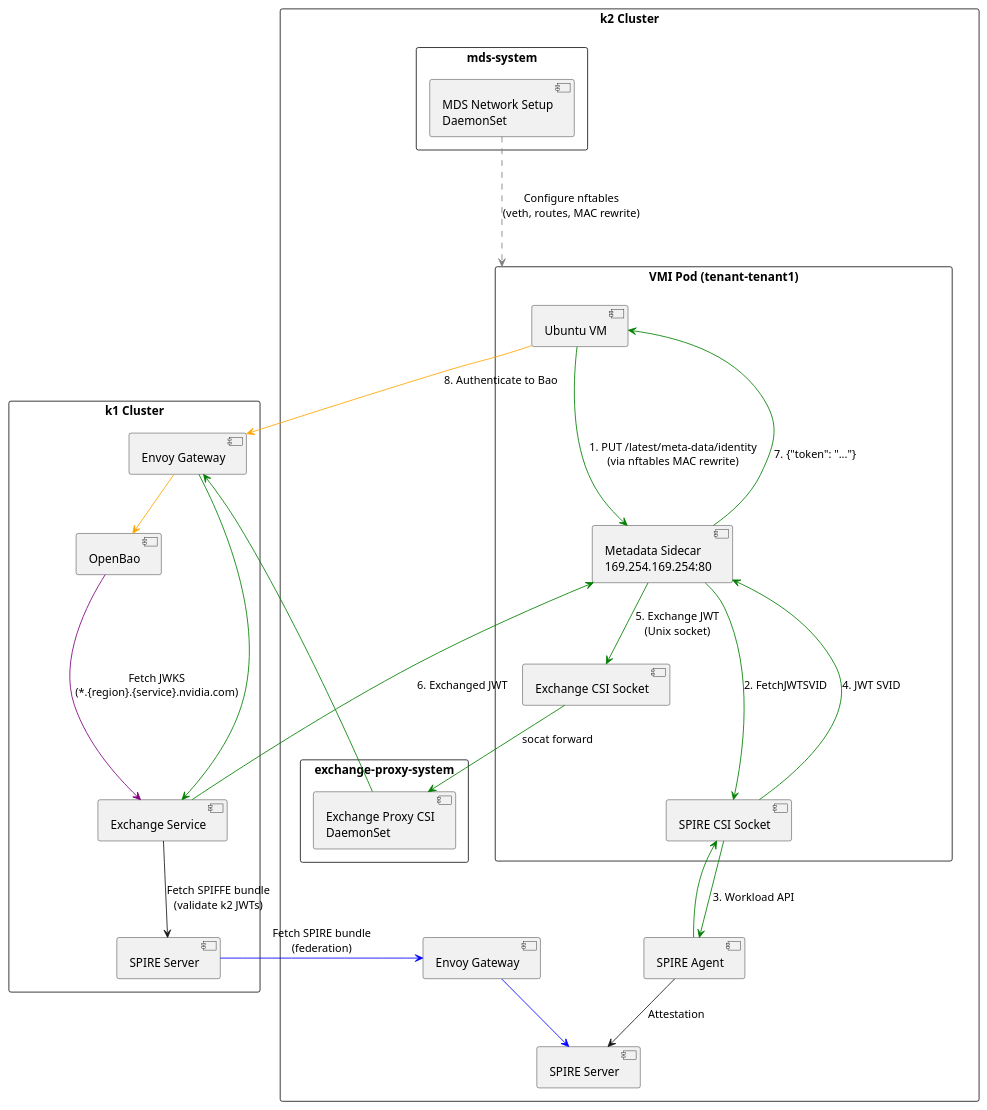
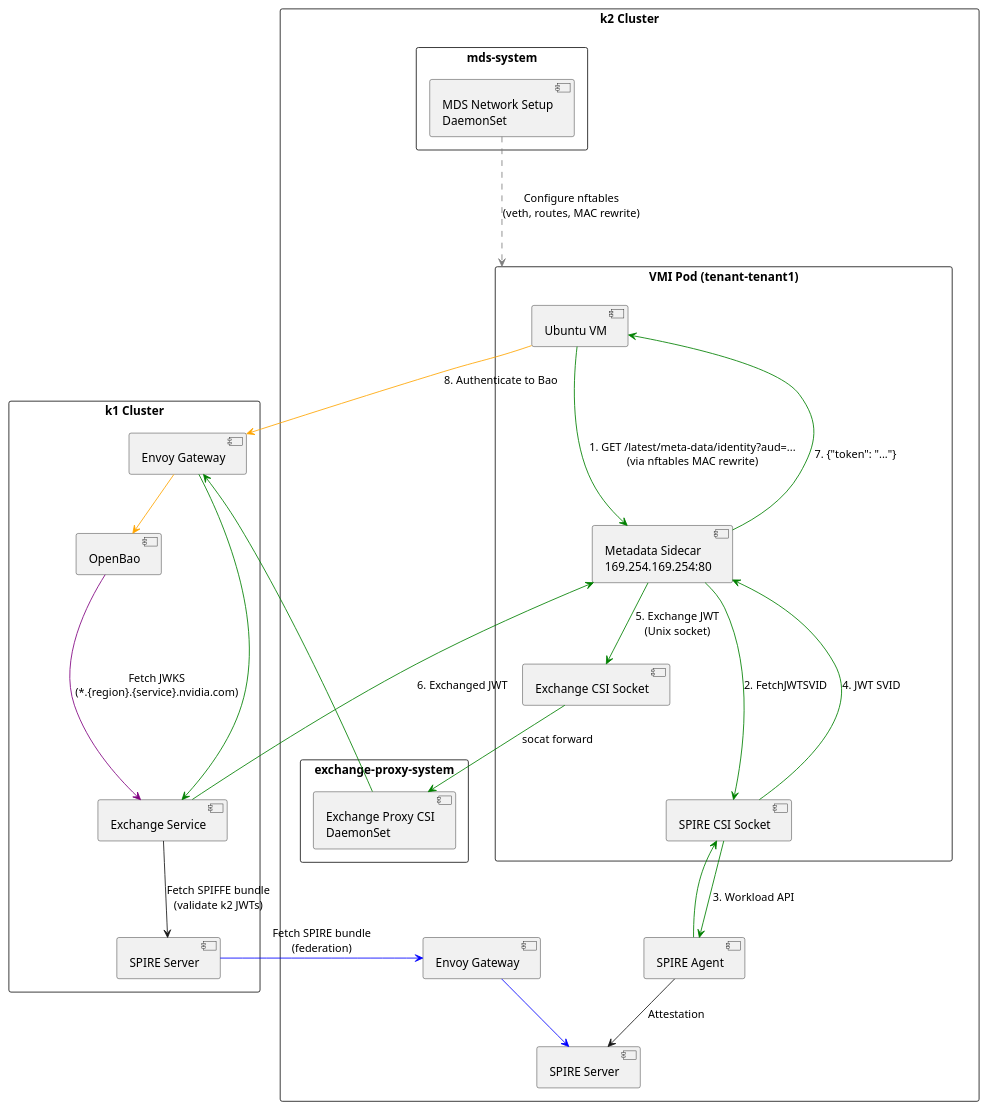
The third of 5 diagrams in README.md (dsx-ai-factory/nvidia-workload-identity), drawn with PlantUML before and after one commit. The commit also changed other lines of this file and 3 other files, not shown here.

````diff
--- a/README.md
+++ b/README.md
@@ -217,68 +217,68 @@
 ```plantuml
 @startuml VM Metadata Sidecar
 
 skinparam packageStyle rectangle
 
 package "k1 Cluster" as K1 {
   [SPIRE Server] as SPIRE1
   [OpenBao] as Bao
   [Exchange Service] as Exchange
   [Envoy Gateway] as GW1
 }
 
 package "k2 Cluster" as K2 {
   [SPIRE Server] as SPIRE2
   [SPIRE Agent] as SpireAgent
   [Envoy Gateway] as GW2
   
   package "exchange-proxy-system" as ExchangeNS {
     [Exchange Proxy CSI\nDaemonSet] as ExchangeCSI
   }
   
   package "mds-system" as MDSNS {
     [MDS Network Setup\nDaemonSet] as MDSNetwork
   }
   
   package "VMI Pod (tenant-tenant1)" as VMIPod {
     [Ubuntu VM] as VM
     [Metadata Sidecar\n169.254.169.254:80] as MetaSidecar
     [SPIRE CSI Socket] as SpireCSI
     [Exchange CSI Socket] as ExchangeSocket
   }
 }
 
 ' Federation: k1 SPIRE fetches k2's bundle
 SPIRE1 -[#blue]-> GW2 : Fetch SPIRE bundle\n(federation)
 GW2 -[#blue]-> SPIRE2
 
 ' VM to metadata sidecar flow
-VM -[#green]-> MetaSidecar : 1. PUT /latest/meta-data/identity\n(via nftables MAC rewrite)
+VM -[#green]-> MetaSidecar : 1. GET /latest/meta-data/identity?aud=...\n(via nftables MAC rewrite)
 MetaSidecar -[#green]-> SpireCSI : 2. FetchJWTSVID
 SpireCSI -[#green]-> SpireAgent : 3. Workload API
 SpireAgent -[#green]--> SpireCSI
 SpireCSI -[#green]--> MetaSidecar : 4. JWT SVID
 MetaSidecar -[#green]-> ExchangeSocket : 5. Exchange JWT\n(Unix socket)
 ExchangeSocket -[#green]-> ExchangeCSI : socat forward
 ExchangeCSI -[#green]-> GW1
 GW1 -[#green]-> Exchange
 Exchange -[#green]--> MetaSidecar : 6. Exchanged JWT
 MetaSidecar -[#green]--> VM : 7. {"token": "..."}
 
 ' VM to Bao flow (authenticate)
 VM -[#orange]-> GW1 : 8. Authenticate to Bao
 GW1 -[#orange]-> Bao
 
 ' SPIRE Agent to Server
 SpireAgent --> SPIRE2 : Attestation
 
 ' MDS Network Setup configures pod networking
 MDSNetwork ..[#gray].> VMIPod : Configure nftables\n(veth, routes, MAC rewrite)
 
 ' OpenBao JWKS validation
 Bao -[#purple]--> Exchange : Fetch JWKS\n(*.{region}.{service}.nvidia.com)
 
 ' Exchange validates incoming JWTs
 Exchange --> SPIRE1 : Fetch SPIFFE bundle\n(validate k2 JWTs)
 
 @enduml
 ```
````
